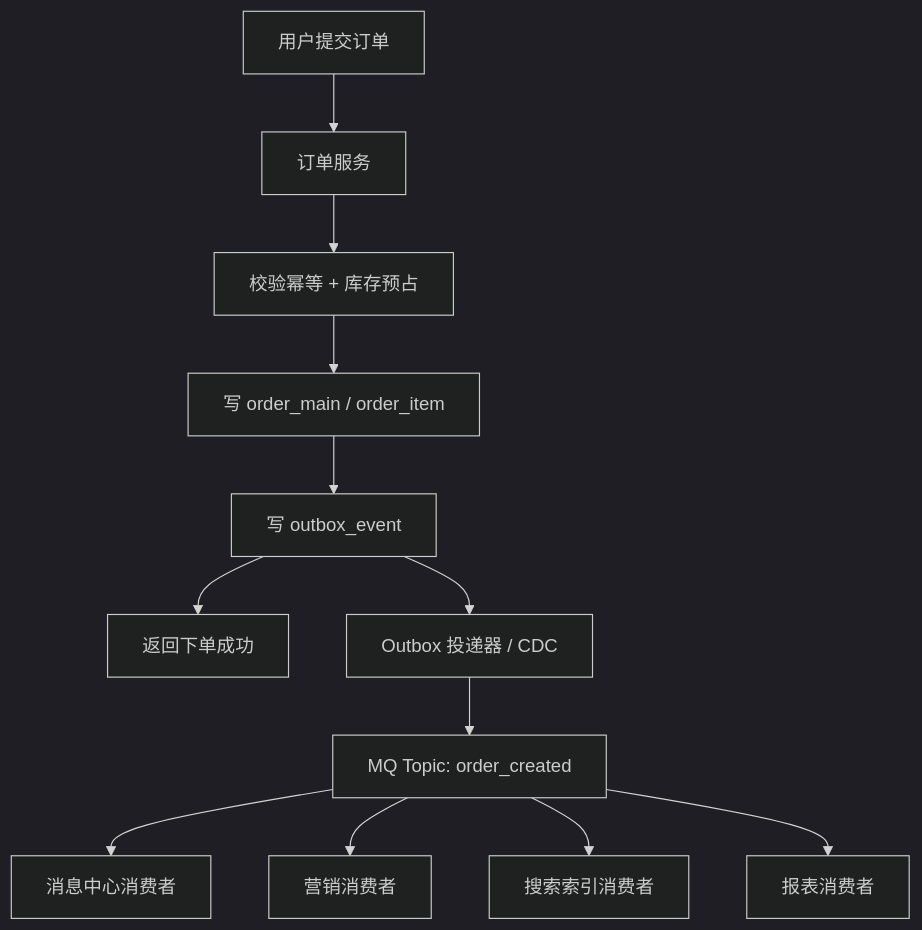
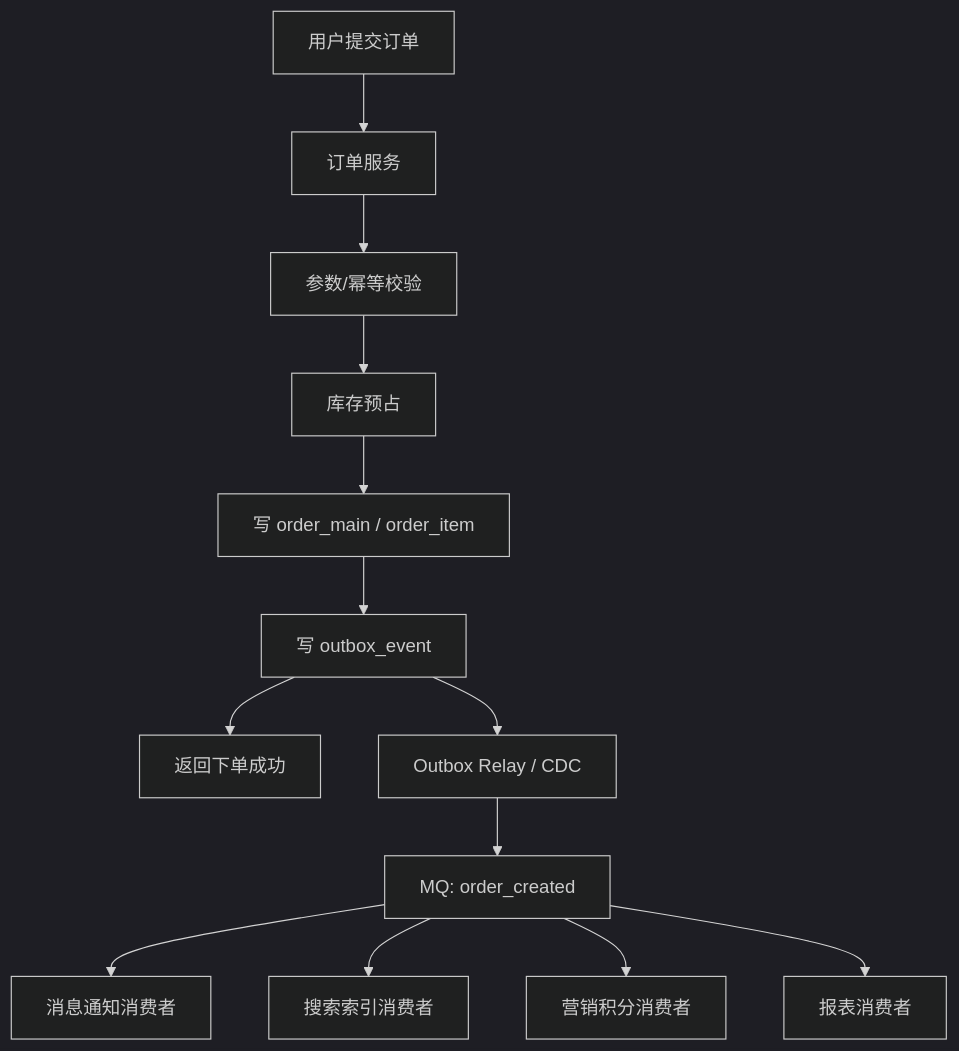
One commit to qxq1997/learning_stuff changed the first of 2 diagrams in 系统设计/05_消息队列、异步化与最终一致性.md. Above: the diagram before and after it, drawn with Mermaid (dark theme). The commit also changed other lines of this file and 20 other files, not shown here.

````diff
--- a/系统设计/05_消息队列、异步化与最终一致性.md
+++ b/系统设计/05_消息队列、异步化与最终一致性.md
@@ -59,14 +184,15 @@
 ```mermaid
 flowchart TD
     A["用户提交订单"] --> B["订单服务"]
-    B --> C["校验幂等 + 库存预占"]
-    C --> D["写 order_main / order_item"]
-    D --> E["写 outbox_event"]
-    E --> F["返回下单成功"]
-    E --> G["Outbox 投递器 / CDC"]
-    G --> H["MQ Topic: order_created"]
-    H --> I["消息中心消费者"]
-    H --> J["营销消费者"]
-    H --> K["搜索索引消费者"]
-    H --> L["报表消费者"]
+    B --> C["参数/幂等校验"]
+    C --> D["库存预占"]
+    D --> E["写 order_main / order_item"]
+    E --> F["写 outbox_event"]
+    F --> G["返回下单成功"]
+    F --> H["Outbox Relay / CDC"]
+    H --> I["MQ: order_created"]
+    I --> J["消息通知消费者"]
+    I --> K["搜索索引消费者"]
+    I --> L["营销积分消费者"]
+    I --> M["报表消费者"]
 ```
````
